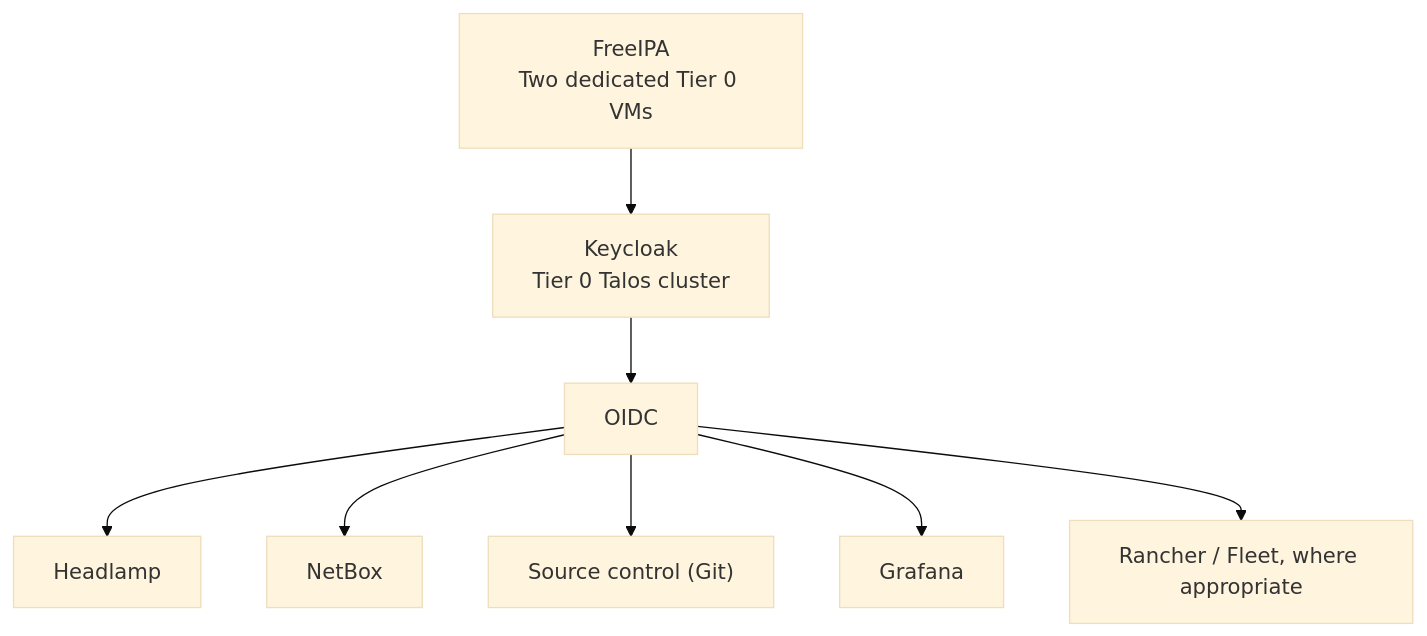
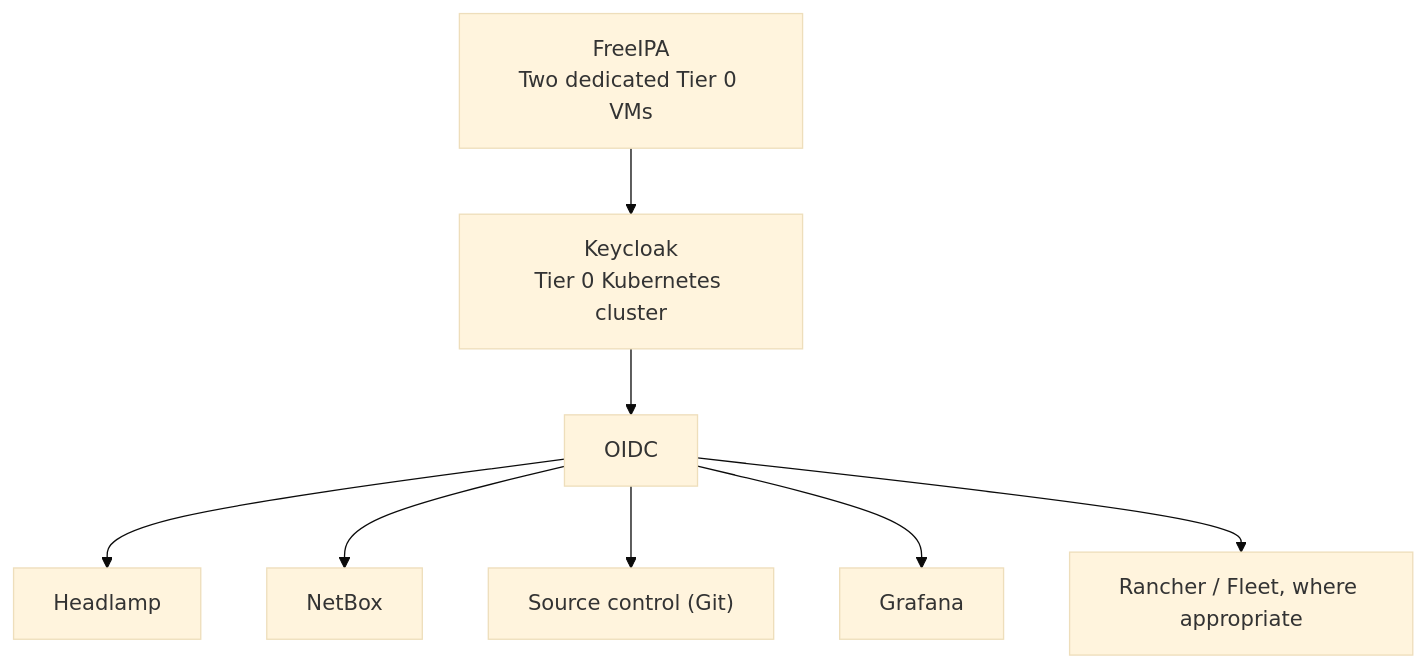
Before and after one commit to Rexus/homelab: the second of 2 diagrams in docs/paths/tier-0/bootstrap.md, drawn with Mermaid (base theme). The commit also changed other lines of this file and 188 other files, not shown here.

````diff
--- a/docs/paths/tier-0/bootstrap.md
+++ b/docs/paths/tier-0/bootstrap.md
@@ -136,11 +135,11 @@
 ```mermaid
 flowchart TB
   FreeIPA["FreeIPA<br/>Two dedicated Tier 0 VMs"]
-  FreeIPA --> Keycloak["Keycloak<br/>Tier 0 Talos cluster"]
+  FreeIPA --> Keycloak["Keycloak<br/>Tier 0 Kubernetes cluster"]
   Keycloak --> OIDC
   OIDC --> Headlamp
   OIDC --> NetBox
   OIDC --> Git["Source control (Git)"]
   OIDC --> Grafana
   OIDC --> Fleet["Rancher / Fleet, where appropriate"]
 ```
````
